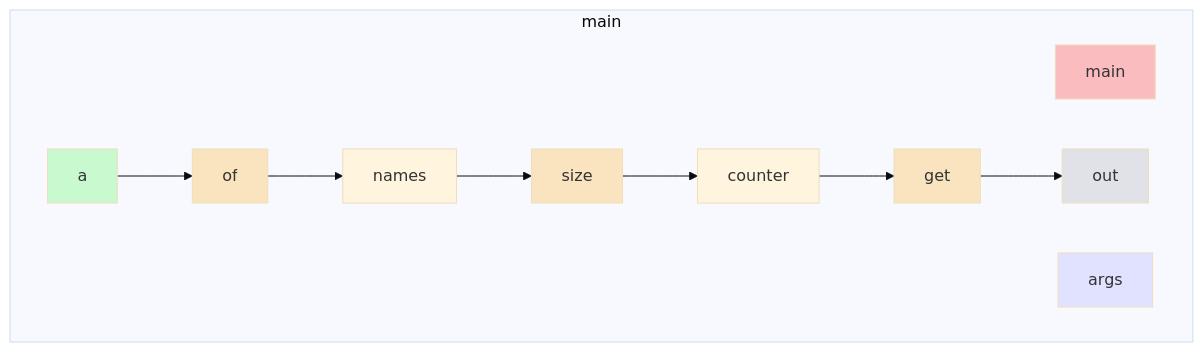
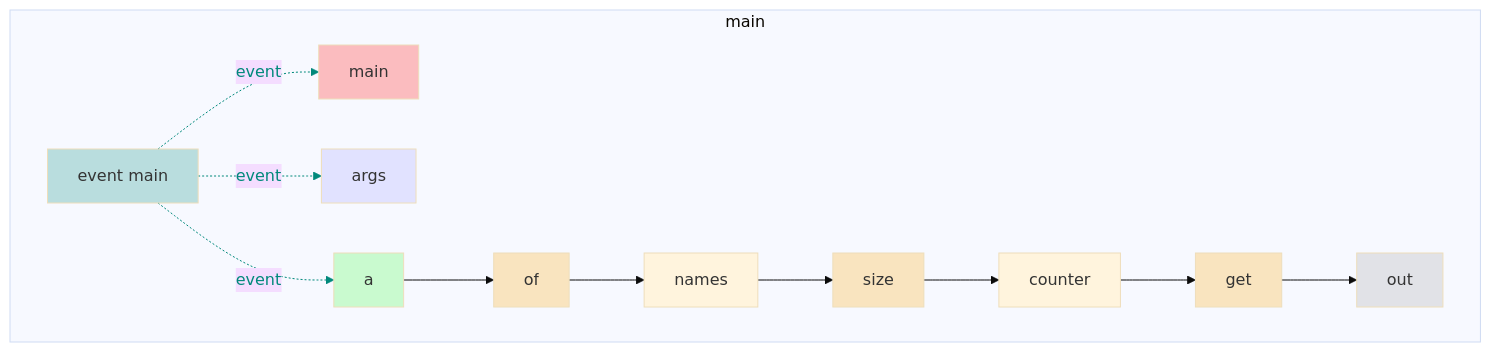
The diagram in app/src/test/resources/memberReference/snapshot.md (gstiebler/codeflow), drawn with Mermaid (base theme) before and after one commit. The commit also changed 77 other files, not shown here.

````diff
--- a/app/src/test/resources/memberReference/snapshot.md
+++ b/app/src/test/resources/memberReference/snapshot.md
@@ -1,27 +1,35 @@
 ```mermaid
 flowchart TD
   subgraph b0["main"]
-    n1[main]:::RETURN
-    n2[args]:::FUNC_PARAM
-    n3["a"]:::LITERAL
-    n4[of]:::EXTERNAL
-    n5[names]:::OBJ_VARIABLE
-    n6[size]:::EXTERNAL
-    n7[counter]:::OBJ_VARIABLE
-    n8[get]:::EXTERNAL
-    n9[out]:::VARIABLE
-    n3["a"]:::LITERAL --> n4[of]:::EXTERNAL
-    n4[of]:::EXTERNAL --> n5[names]:::OBJ_VARIABLE
-    n5[names]:::OBJ_VARIABLE --> n6[size]:::EXTERNAL
-    n6[size]:::EXTERNAL --> n7[counter]:::OBJ_VARIABLE
-    n7[counter]:::OBJ_VARIABLE --> n8[get]:::EXTERNAL
-    n8[get]:::EXTERNAL --> n9[out]:::VARIABLE
+    n1[event main]:::EVENT
+    n2[main]:::RETURN
+    n3[args]:::FUNC_PARAM
+    n4["a"]:::LITERAL
+    n5[of]:::EXTERNAL
+    n6[names]:::OBJ_VARIABLE
+    n7[size]:::EXTERNAL
+    n8[counter]:::OBJ_VARIABLE
+    n9[get]:::EXTERNAL
+    n10[out]:::VARIABLE
+    n1[event main]:::EVENT -. event .-> n2[main]:::RETURN
+    n1[event main]:::EVENT -. event .-> n3[args]:::FUNC_PARAM
+    n1[event main]:::EVENT -. event .-> n4["a"]:::LITERAL
+    n4["a"]:::LITERAL --> n5[of]:::EXTERNAL
+    n5[of]:::EXTERNAL --> n6[names]:::OBJ_VARIABLE
+    n6[names]:::OBJ_VARIABLE --> n7[size]:::EXTERNAL
+    n7[size]:::EXTERNAL --> n8[counter]:::OBJ_VARIABLE
+    n8[counter]:::OBJ_VARIABLE --> n9[get]:::EXTERNAL
+    n9[get]:::EXTERNAL --> n10[out]:::VARIABLE
   end
+  linkStyle 0 stroke:#00897b,color:#00897b
+  linkStyle 1 stroke:#00897b,color:#00897b
+  linkStyle 2 stroke:#00897b,color:#00897b
   classDef LITERAL fill:#00FF0030
   classDef VARIABLE fill:#80808030
   classDef BIN_OP fill:#80808080
   classDef FUNC_PARAM fill:#8080FF30
   classDef RETURN fill:#FF808080
   classDef EXTERNAL fill:#FFA50040
   classDef UNMODELLED fill:#FF000030,stroke-dasharray: 4 2
+  classDef EVENT fill:#00897B40
 ```
````
